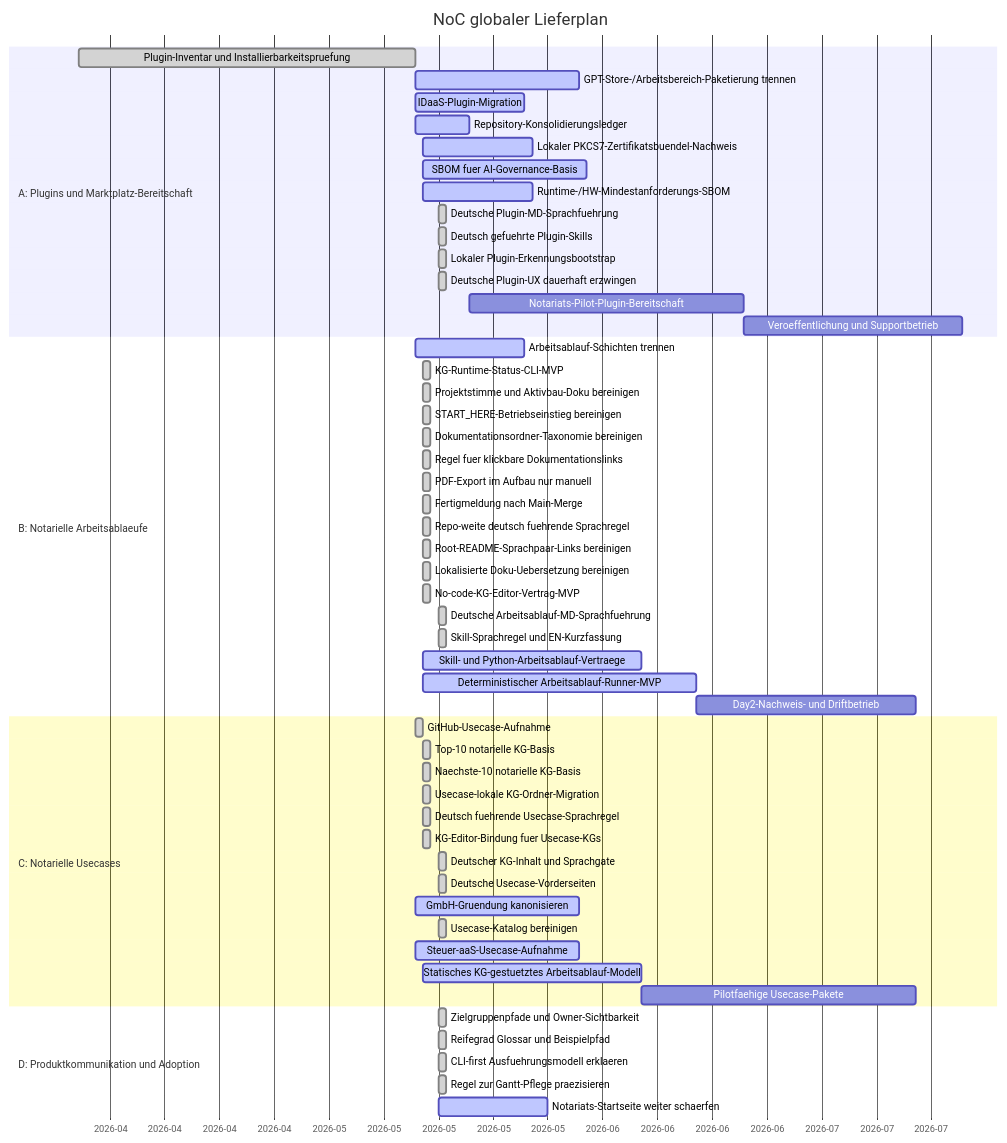
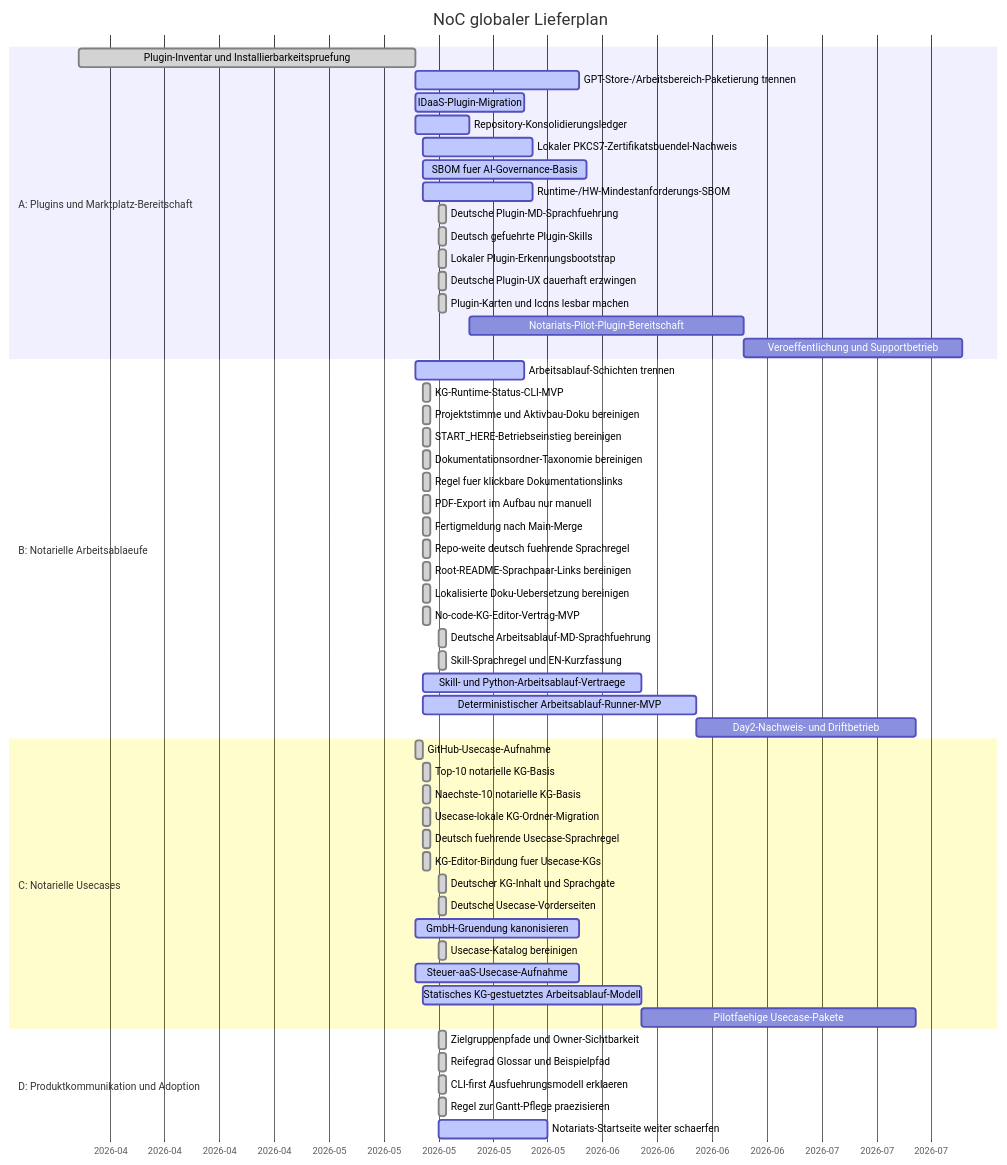
The diagram in roadmap/GANTT.md (notariat8/NaC), drawn with Mermaid before and after one commit. The commit also changed other lines of this file and 71 other files, not shown here.

````diff
--- a/roadmap/GANTT.md
+++ b/roadmap/GANTT.md
@@ -14,62 +14,63 @@
 ```mermaid
 gantt
     title NoC globaler Lieferplan
     dateFormat  YYYY-MM-DD
     axisFormat  %Y-%m
 
     section A: Plugins und Marktplatz-Bereitschaft
     Plugin-Inventar und Installierbarkeitspruefung :done, a1, 2026-04-01, 2026-05-14
     GPT-Store-/Arbeitsbereich-Paketierung trennen :active, a2, 2026-05-14, 21d
     IDaaS-Plugin-Migration                       :active,  a3, 2026-05-14, 14d
     Repository-Konsolidierungsledger             :active,  a4, 2026-05-14, 7d
     Lokaler PKCS7-Zertifikatsbuendel-Nachweis    :active,  a4a, 2026-05-15, 14d
     SBOM fuer AI-Governance-Basis                :active,  a4b, 2026-05-15, 21d
     Runtime-/HW-Mindestanforderungs-SBOM         :active,  a4c, 2026-05-15, 14d
     Deutsche Plugin-MD-Sprachfuehrung            :done,    a4d, 2026-05-17, 1d
     Deutsch gefuehrte Plugin-Skills              :done,    a4e, 2026-05-17, 1d
     Lokaler Plugin-Erkennungsbootstrap           :done,    a4f, 2026-05-17, 1d
     Deutsche Plugin-UX dauerhaft erzwingen       :done,    a4g, 2026-05-17, 1d
+    Plugin-Karten und Icons lesbar machen        :done,    a4h, 2026-05-17, 1d
     Notariats-Pilot-Plugin-Bereitschaft          :         a5, after a4, 35d
     Veroeffentlichung und Supportbetrieb         :         a6, after a5, 28d
 
     section B: Notarielle Arbeitsablaeufe
     Arbeitsablauf-Schichten trennen              :active,  b1, 2026-05-14, 14d
     KG-Runtime-Status-CLI-MVP                    :done,    b1a, 2026-05-15, 1d
     Projektstimme und Aktivbau-Doku bereinigen   :done,    b1b, 2026-05-15, 1d
     START_HERE-Betriebseinstieg bereinigen       :done,    b1c, 2026-05-15, 1d
     Dokumentationsordner-Taxonomie bereinigen    :done,    b1d, 2026-05-15, 1d
     Regel fuer klickbare Dokumentationslinks     :done,    b1e, 2026-05-15, 1d
     PDF-Export im Aufbau nur manuell             :done,    b1f, 2026-05-15, 1d
     Fertigmeldung nach Main-Merge                :done,    b1g, 2026-05-15, 1d
     Repo-weite deutsch fuehrende Sprachregel     :done,    b1h, 2026-05-15, 1d
     Root-README-Sprachpaar-Links bereinigen      :done,    b1i, 2026-05-15, 1d
     Lokalisierte Doku-Uebersetzung bereinigen    :done,    b1j, 2026-05-15, 1d
     No-code-KG-Editor-Vertrag-MVP                :done,    b1k, 2026-05-15, 1d
     Deutsche Arbeitsablauf-MD-Sprachfuehrung     :done,    b1l, 2026-05-17, 1d
     Skill-Sprachregel und EN-Kurzfassung         :done,    b1m, 2026-05-17, 1d
     Skill- und Python-Arbeitsablauf-Vertraege    :active,  b2, 2026-05-15, 28d
     Deterministischer Arbeitsablauf-Runner-MVP   :active,  b3, 2026-05-15, 35d
     Day2-Nachweis- und Driftbetrieb              :         b4, after b3, 28d
 
     section C: Notarielle Usecases
     GitHub-Usecase-Aufnahme                      :done,    c1, 2026-05-14, 1d
     Top-10 notarielle KG-Basis                   :done,    c2, 2026-05-15, 1d
     Naechste-10 notarielle KG-Basis              :done,    c3, 2026-05-15, 1d
     Usecase-lokale KG-Ordner-Migration           :done,    c3a, 2026-05-15, 1d
     Deutsch fuehrende Usecase-Sprachregel        :done,    c3b, 2026-05-15, 1d
     KG-Editor-Bindung fuer Usecase-KGs           :done,    c3c, 2026-05-15, 1d
     Deutscher KG-Inhalt und Sprachgate           :done,    c3d, 2026-05-17, 1d
     Deutsche Usecase-Vorderseiten                :done,    c3e, 2026-05-17, 1d
     GmbH-Gruendung kanonisieren                  :active,  c4, 2026-05-14, 21d
     Usecase-Katalog bereinigen                 :done,    c5, 2026-05-17, 1d
     Steuer-aaS-Usecase-Aufnahme                  :active,  c6, 2026-05-14, 21d
     Statisches KG-gestuetztes Arbeitsablauf-Modell :active, c7, 2026-05-15, 28d
     Pilotfaehige Usecase-Pakete                  :         c8, after c7, 35d
 
     section D: Produktkommunikation und Adoption
     Zielgruppenpfade und Owner-Sichtbarkeit      :done,    d1, 2026-05-17, 1d
     Reifegrad Glossar und Beispielpfad           :done,    d1a, 2026-05-17, 1d
     CLI-first Ausfuehrungsmodell erklaeren       :done,    d1b, 2026-05-17, 1d
     Regel zur Gantt-Pflege praezisieren         :done,    d1c, 2026-05-17, 1d
     Notariats-Startseite weiter schaerfen        :active,  d2, 2026-05-17, 14d
 ```
````
